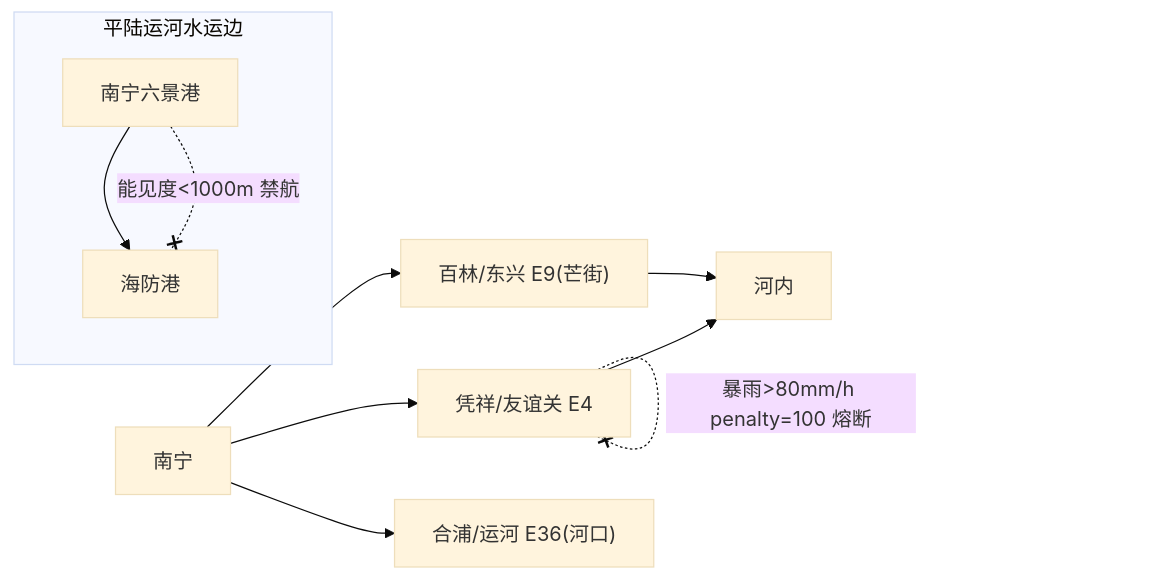
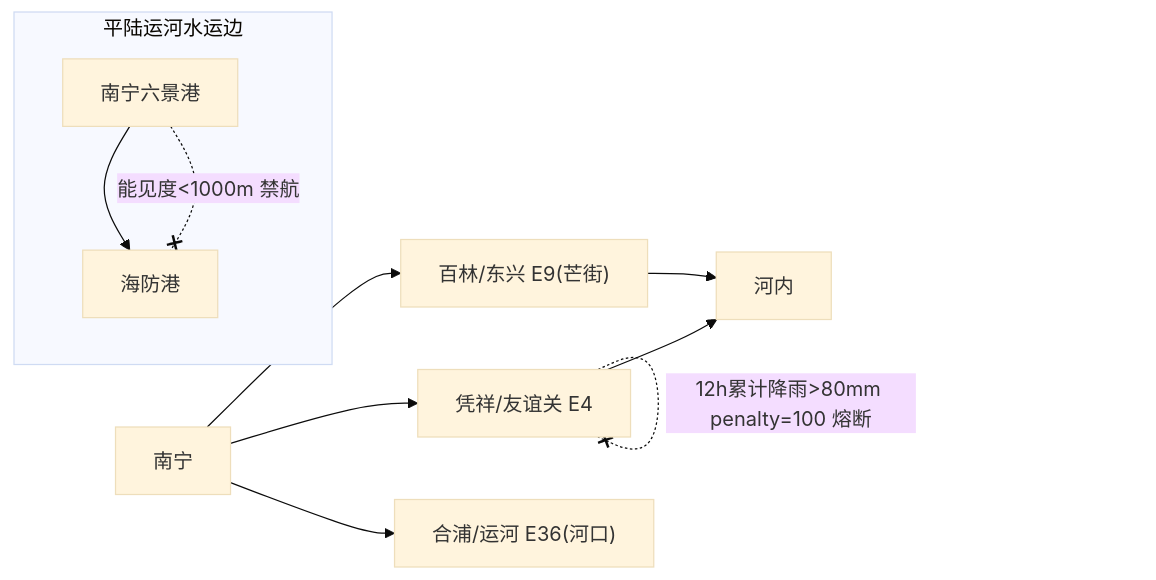
The third of 3 diagrams in 交付材料/02-系统架构与数据使用说明.md (zhige12/asean-weather-logistics), drawn with Mermaid (base theme) before and after one commit. The commit also changed other lines of this file and 85 other files, not shown here.

````diff
--- a/交付材料/02-系统架构与数据使用说明.md
+++ b/交付材料/02-系统架构与数据使用说明.md
@@ -75,13 +84,13 @@
 ```mermaid
 flowchart LR
     NN["南宁"] --> PY["凭祥/友谊关 E4"]
     NN --> BJ["百林/东兴 E9(芒街)"]
     NN --> HJ["合浦/运河 E36(河口)"]
     PY --> HN["河内"]
     BJ --> HN
     subgraph 航道["平陆运河水运边"]
         NN2["南宁六景港"] --> HP["海防港"]
     end
-    PY -. 暴雨>80mm/h penalty=100 熔断 .-x PY
+    PY -. 12h累计降雨>80mm penalty=100 熔断 .-x PY
     NN2 -. 能见度<1000m 禁航 .-x HP
 ```
````
